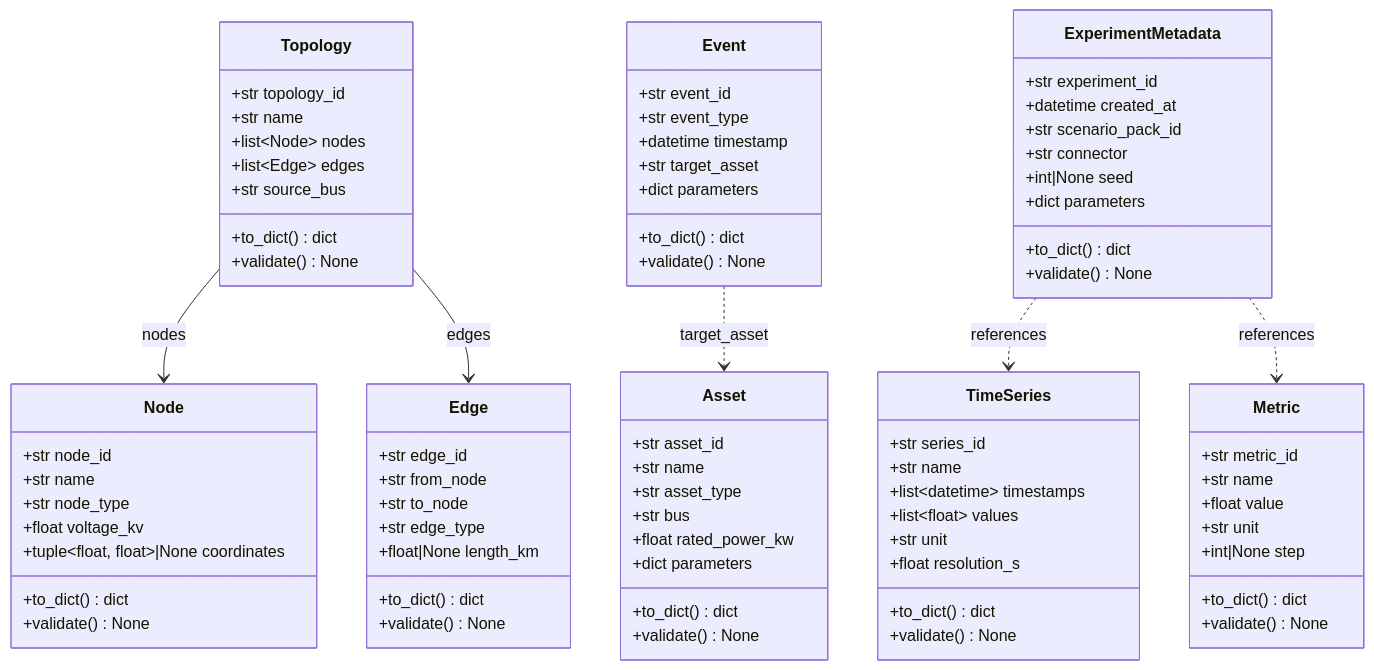
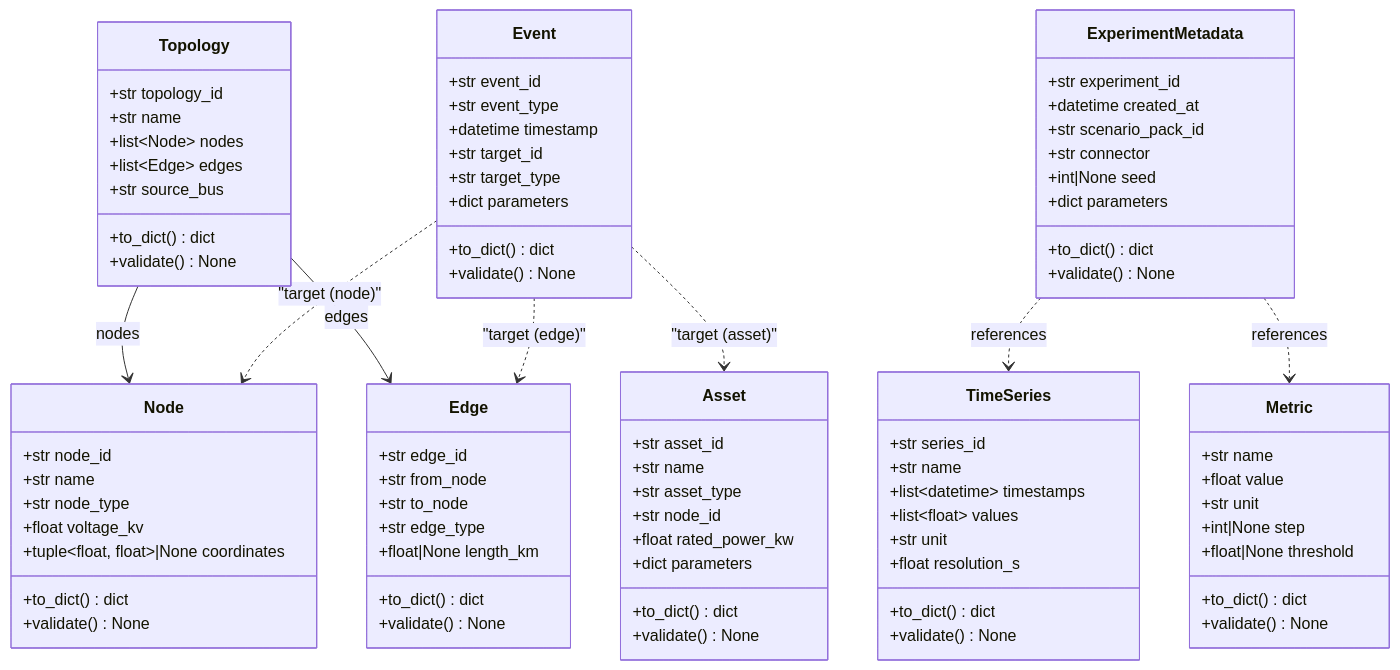
Before and after one commit to bottlenome/gridflow: the second of 2 diagrams in docs/detailed_design/03a_domain_classes.md, drawn with Mermaid. The commit also changed other lines of this file and 7 other files, not shown here.

````diff
--- a/docs/detailed_design/03a_domain_classes.md
+++ b/docs/detailed_design/03a_domain_classes.md
@@ -219,7 +237,7 @@
         +str asset_id
         +str name
         +str asset_type
-        +str bus
+        +str node_id
         +float rated_power_kw
         +dict parameters
         +to_dict() dict
@@ -241,18 +259,19 @@
         +str event_id
         +str event_type
         +datetime timestamp
-        +str target_asset
+        +str target_id
+        +str target_type
         +dict parameters
         +to_dict() dict
         +validate() None
     }
 
     class Metric {
-        +str metric_id
         +str name
         +float value
         +str unit
         +int|None step
+        +float|None threshold
         +to_dict() dict
         +validate() None
     }
@@ -270,7 +289,9 @@
 
     Topology --> Node : nodes
     Topology --> Edge : edges
-    Event ..> Asset : target_asset
+    Event ..> Node : "target (node)"
+    Event ..> Edge : "target (edge)"
+    Event ..> Asset : "target (asset)"
     ExperimentMetadata ..> TimeSeries : references
     ExperimentMetadata ..> Metric : references
 ```
````
